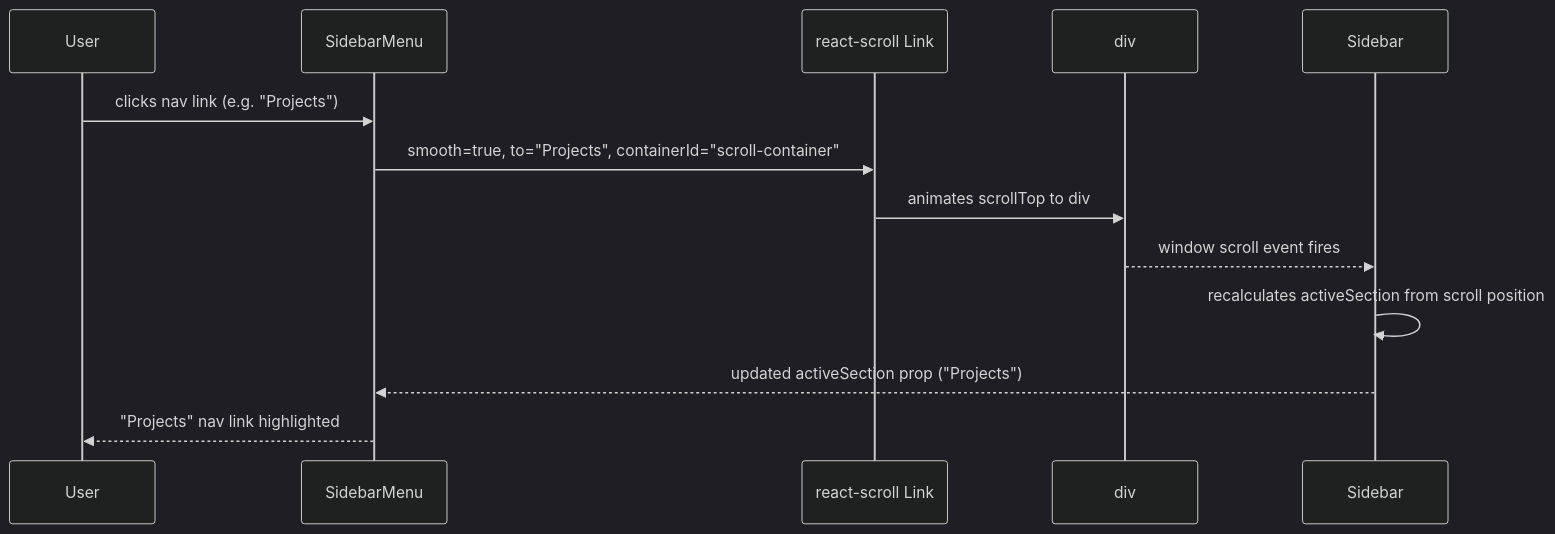
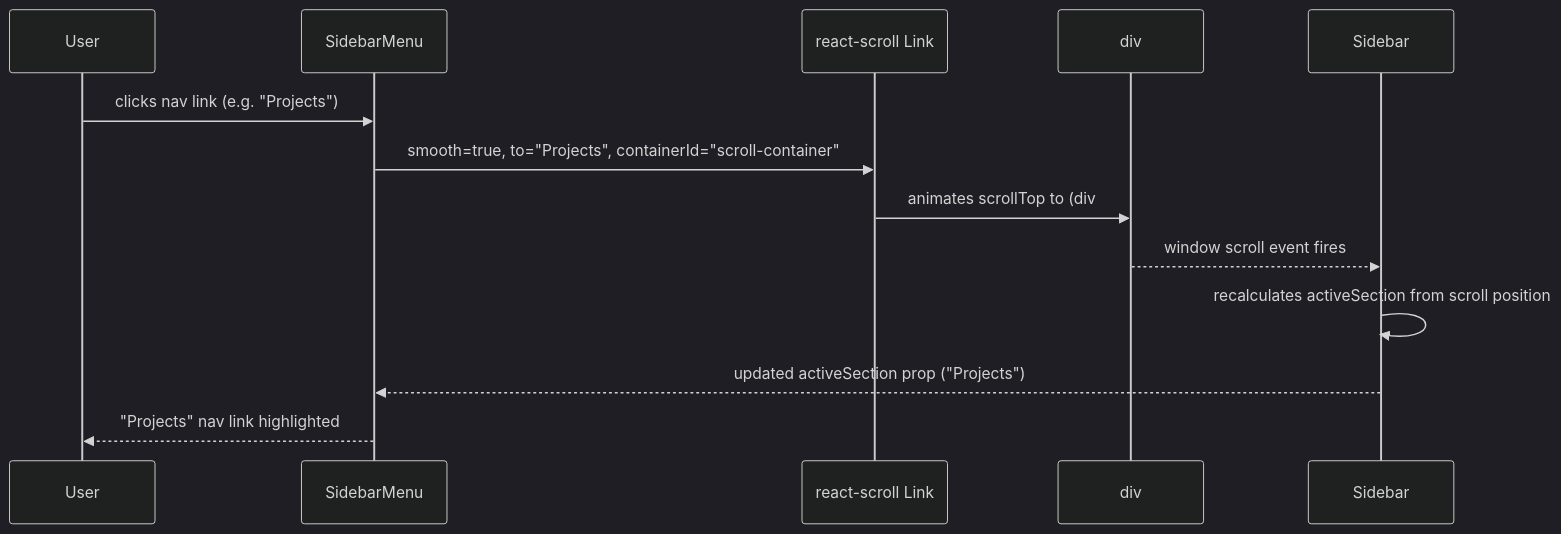
The diagram in docs/architecture/06b-runtime-routing.md (Keglev/my-portfolio), drawn with Mermaid (dark theme) before and after one commit. The commit also changed other lines of this file and 1 other file, not shown here.

````diff
--- a/docs/architecture/06b-runtime-routing.md
+++ b/docs/architecture/06b-runtime-routing.md
@@ -39,16 +39,16 @@
 ```mermaid
 sequenceDiagram
     participant User
     participant SidebarMenu
     participant ReactScroll as react-scroll Link
     participant ScrollContainer as div#scroll-container
     participant Sidebar
 
     User->>SidebarMenu: clicks nav link (e.g. "Projects")
     SidebarMenu->>ReactScroll: smooth=true, to="Projects", containerId="scroll-container"
-    ReactScroll->>ScrollContainer: animates scrollTop to div#Projects.offsetTop − 70px offset
+    ReactScroll->>ScrollContainer: animates scrollTop to (div#Projects.offsetTop − 10px)
     ScrollContainer-->>Sidebar: window scroll event fires
     Sidebar->>Sidebar: recalculates activeSection from scroll position
     Sidebar-->>SidebarMenu: updated activeSection prop ("Projects")
     SidebarMenu-->>User: "Projects" nav link highlighted
 ```
````
